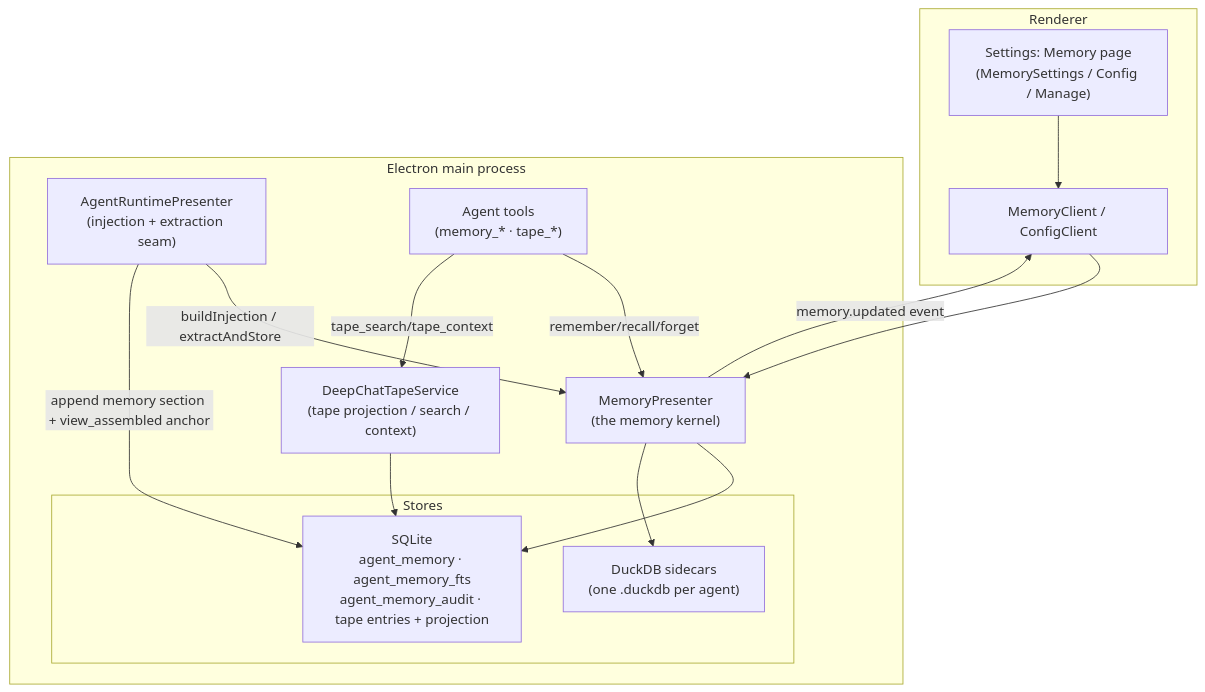
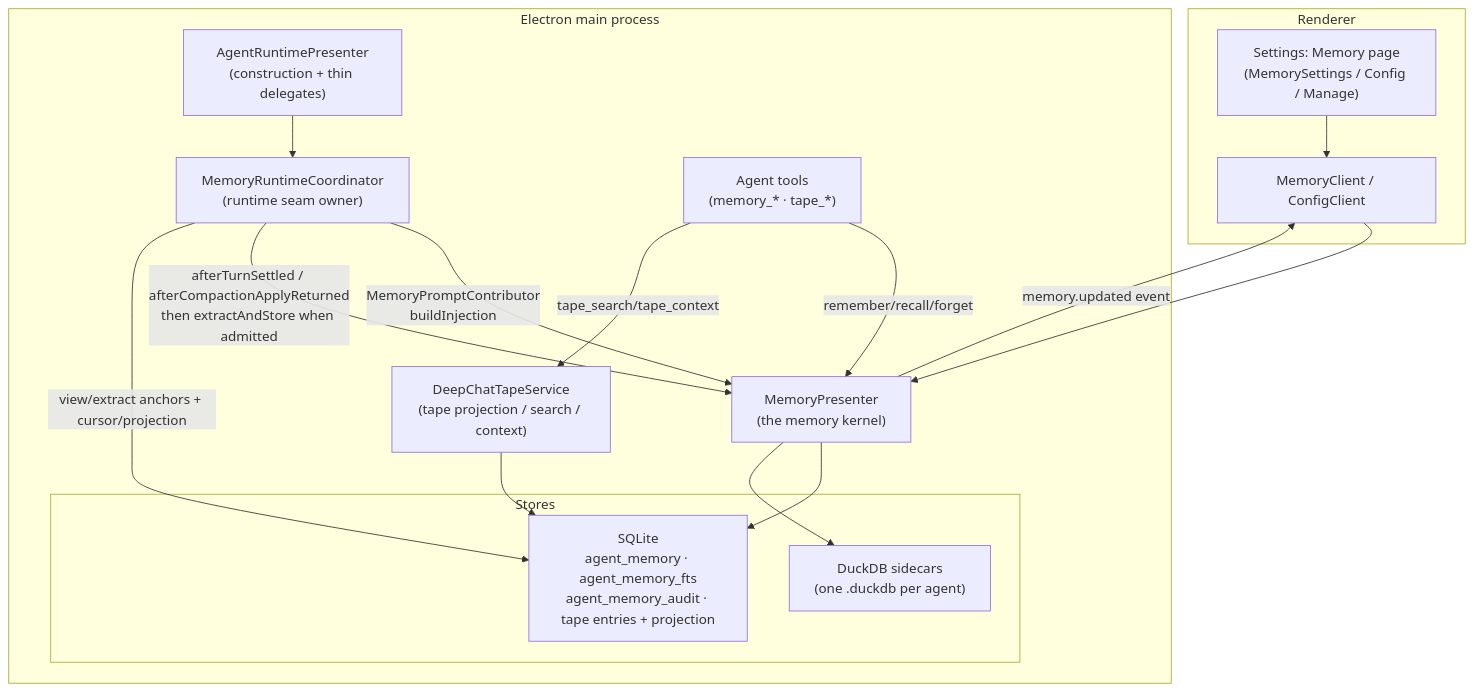
One commit to zerob13/deepchat changed the first of 6 diagrams in docs/architecture/agent-memory-system/spec.md. Above: the diagram before and after it, drawn with Mermaid. The commit also changed other lines of this file and 468 other files, not shown here.

First line of the commit message:
refactor(agent): complete layered runtime migration (#1952)

````diff
--- a/docs/architecture/agent-memory-system/spec.md
+++ b/docs/architecture/agent-memory-system/spec.md
@@ -66,26 +66,29 @@
 ```mermaid
 flowchart TD
   subgraph Renderer
     UI["Settings: Memory page<br/>(MemorySettings / Config / Manage)"]
     MC["MemoryClient / ConfigClient"]
   end
   subgraph Main["Electron main process"]
-    RT["AgentRuntimePresenter<br/>(injection + extraction seam)"]
+    ARP["AgentRuntimePresenter<br/>(construction + thin delegates)"]
+    RC["MemoryRuntimeCoordinator<br/>(runtime seam owner)"]
     MEM["MemoryPresenter<br/>(the memory kernel)"]
     TAPE["DeepChatTapeService<br/>(tape projection / search / context)"]
     TOOLS["Agent tools<br/>(memory_* · tape_*)"]
     subgraph Stores
       SQL["SQLite<br/>agent_memory · agent_memory_fts<br/>agent_memory_audit · tape entries + projection"]
       DUCK["DuckDB sidecars<br/>(one .duckdb per agent)"]
     end
   end
   UI --> MC --> MEM
-  RT -->|buildInjection / extractAndStore| MEM
-  RT -->|append memory section + view_assembled anchor| SQL
+  ARP --> RC
+  RC -->|MemoryPromptContributor<br/>buildInjection| MEM
+  RC -->|afterTurnSettled / afterCompactionApplyReturned<br/>then extractAndStore when admitted| MEM
+  RC -->|view/extract anchors + cursor/projection| SQL
   TOOLS -->|remember/recall/forget| MEM
   TOOLS -->|tape_search/tape_context| TAPE
   MEM --> SQL
   MEM --> DUCK
   TAPE --> SQL
   MEM -->|memory.updated event| MC
 ```
````
